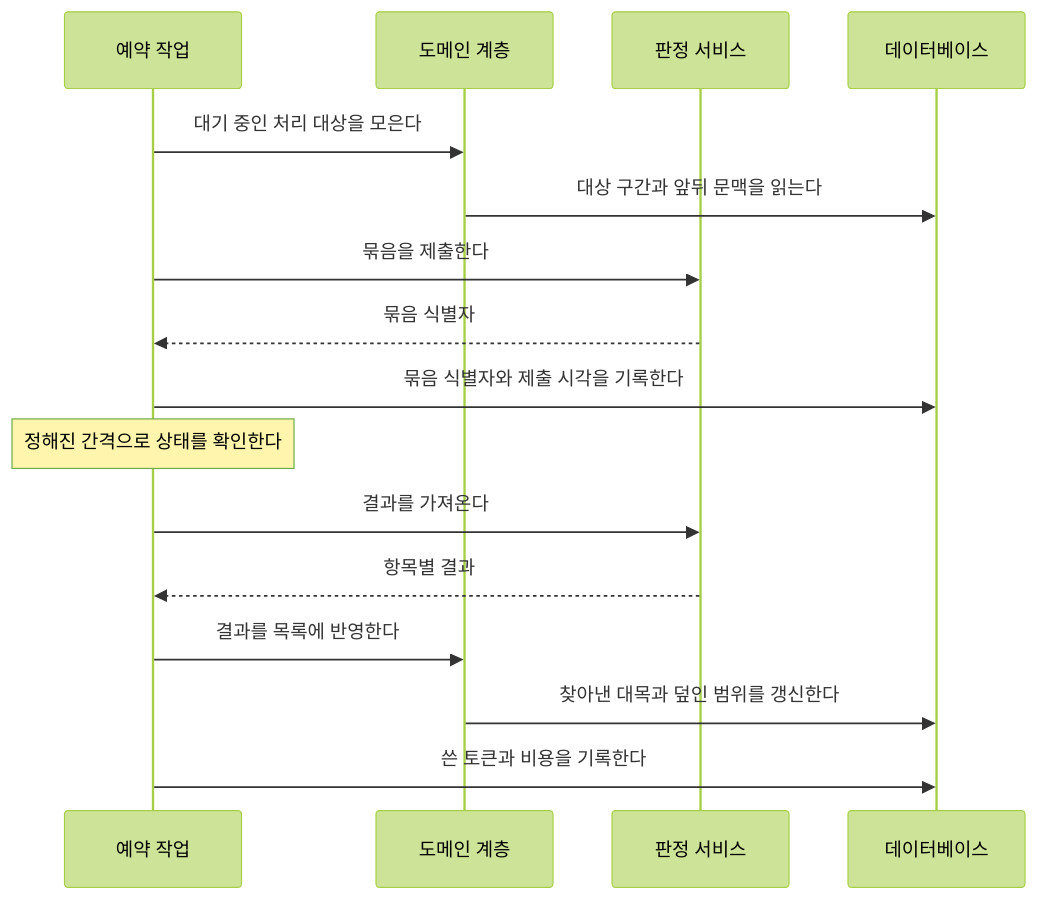
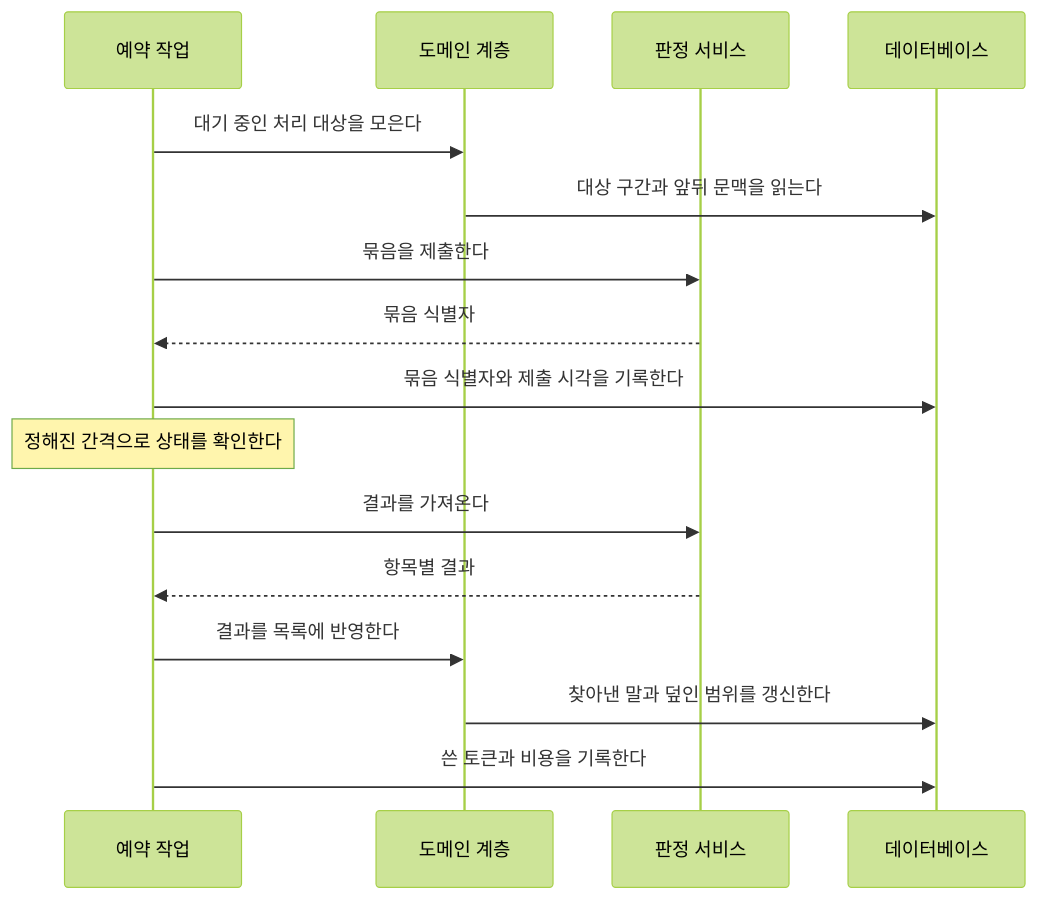
Before and after one commit to hayoungv/kokjip: the fourth of 4 diagrams in docs/03-tds/tds.md, drawn with Mermaid (forest theme). The commit also changed other lines of this file and 29 other files, not shown here.

````diff
--- a/docs/03-tds/tds.md
+++ b/docs/03-tds/tds.md
@@ -223,19 +223,19 @@
 ```mermaid
 sequenceDiagram
     participant 작업 as 예약 작업
     participant 도메인 as 도메인 계층
     participant 판정 as 판정 서비스
     participant 디비 as 데이터베이스
 
     작업->>도메인: 대기 중인 처리 대상을 모은다
     도메인->>디비: 대상 구간과 앞뒤 문맥을 읽는다
     작업->>판정: 묶음을 제출한다
     판정-->>작업: 묶음 식별자
     작업->>디비: 묶음 식별자와 제출 시각을 기록한다
     Note over 작업: 정해진 간격으로 상태를 확인한다
     작업->>판정: 결과를 가져온다
     판정-->>작업: 항목별 결과
     작업->>도메인: 결과를 목록에 반영한다
-    도메인->>디비: 찾아낸 대목과 덮인 범위를 갱신한다
+    도메인->>디비: 찾아낸 말과 덮인 범위를 갱신한다
     작업->>디비: 쓴 토큰과 비용을 기록한다
 ```
````
